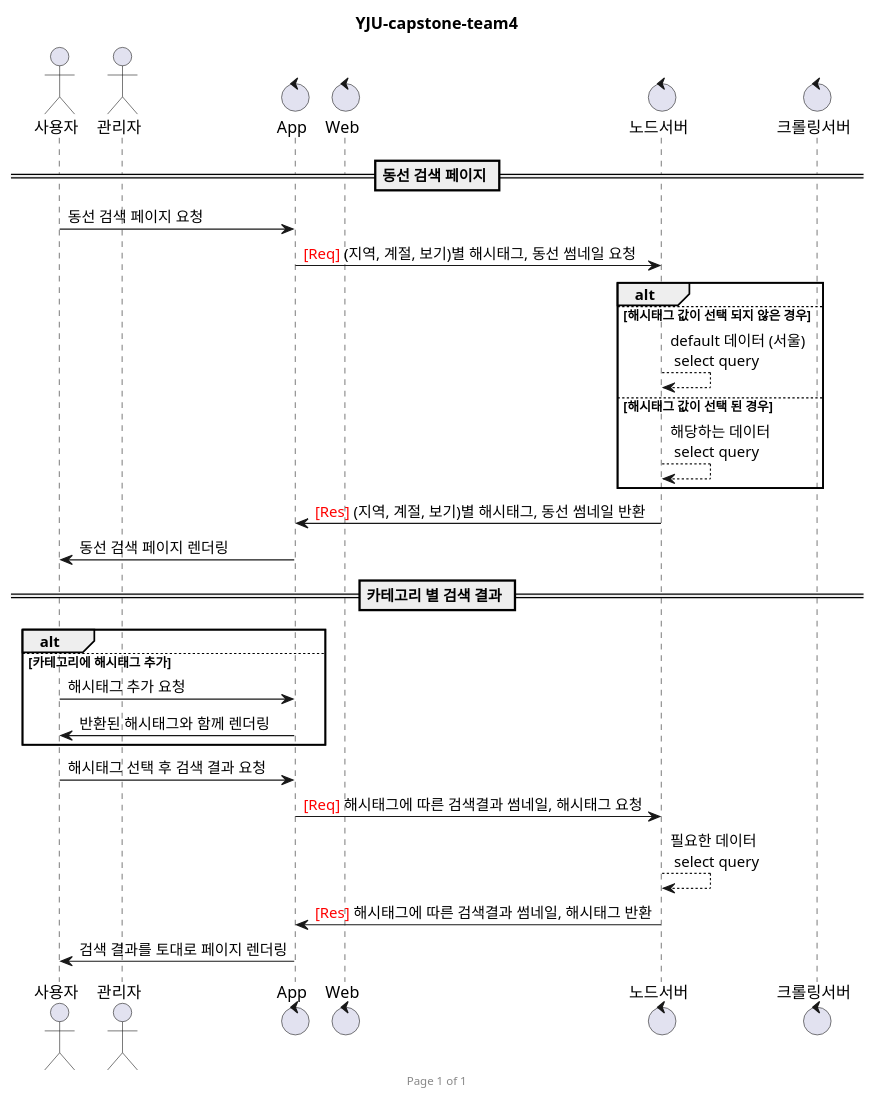
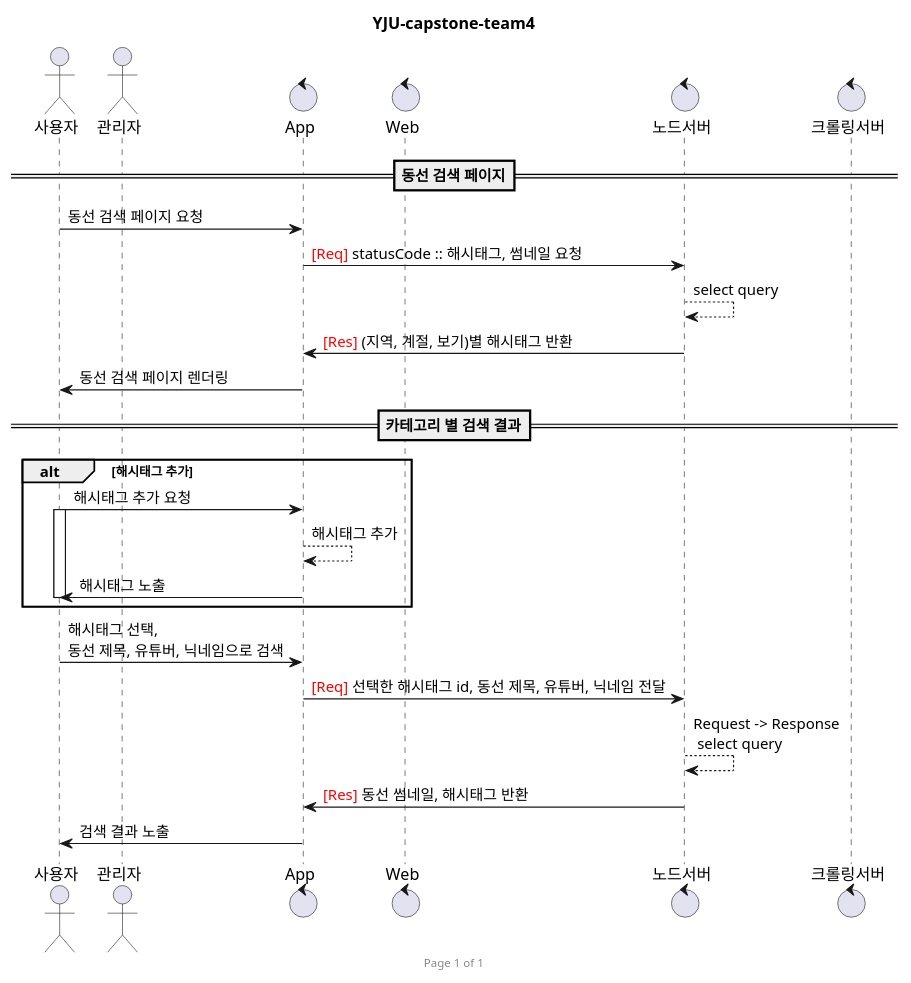
One commit to Samsam-lee/React.js-project-AdminWeb changed the diagram in search_course.wsd. Above: the diagram before and after it, drawn with PlantUML. The commit also changed 3 other files, not shown here.

```diff
--- a/search_course.wsd
+++ b/search_course.wsd
@@ -1,41 +1,38 @@
 @startuml
 
 title YJU-capstone-team4
 footer Page %page% of %lastpage%
 
 actor 사용자 as User
 actor 관리자 as Admin
 
 control App
 control Web
 control 노드서버 as Node
 control 크롤링서버 as Lamda
 
-== 동선 검색 페이지 ==
+==동선 검색 페이지==
 User -> App : 동선 검색 페이지 요청
-    App -> Node : <font color=red>[Req]</font> (지역, 계절, 보기)별 해시태그, 동선 썸네일 요청
-        alt
-        else 해시태그 값이 선택 되지 않은 경우
-            Node --> Node : default 데이터 (서울) \n select query
-        else 해시태그 값이 선택 된 경우
-            Node --> Node : 해당하는 데이터 \n select query
-        end
-    Node -> App : <font color=red>[Res]</font> (지역, 계절, 보기)별 해시태그, 동선 썸네일 반환
+    App -> Node : <font color=red>[Req]</font> statusCode :: 해시태그, 썸네일 요청
+    Node --> Node : select query
+    Node -> App : <font color=red>[Res]</font> (지역, 계절, 보기)별 해시태그 반환
 App -> User : 동선 검색 페이지 렌더링
 
 
-== 카테고리 별 검색 결과 ==
-alt
-else 카테고리에 해시태그 추가
+==카테고리 별 검색 결과==
+alt 해시태그 추가
     User -> App : 해시태그 추가 요청
-    App -> User : 반환된 해시태그와 함께 렌더링
+activate User
+    App --> App : 해시태그 추가
+    App -> User : 해시태그 노출
+deactivate User
 end
 
-User -> App : 해시태그 선택 후 검색 결과 요청
-    App -> Node : <font color=red>[Req]</font> 해시태그에 따른 검색결과 썸네일, 해시태그 요청
-        Node --> Node : 필요한 데이터 \n select query
-    Node -> App : <font color=red>[Res]</font> 해시태그에 따른 검색결과 썸네일, 해시태그 반환
-App -> User : 검색 결과를 토대로 페이지 렌더링
 
+User -> App : 해시태그 선택,\n동선 제목, 유튜버, 닉네임으로 검색
+    App -> Node : <font color=red>[Req]</font> 선택한 해시태그 id, 동선 제목, 유튜버, 닉네임 전달
+    Node --> Node : Request -> Response \n select query
+    Node -> App : <font color=red>[Res]</font> 동선 썸네일, 해시태그 반환
+App -> User : 검색 결과 노출
 
 @enduml
```
